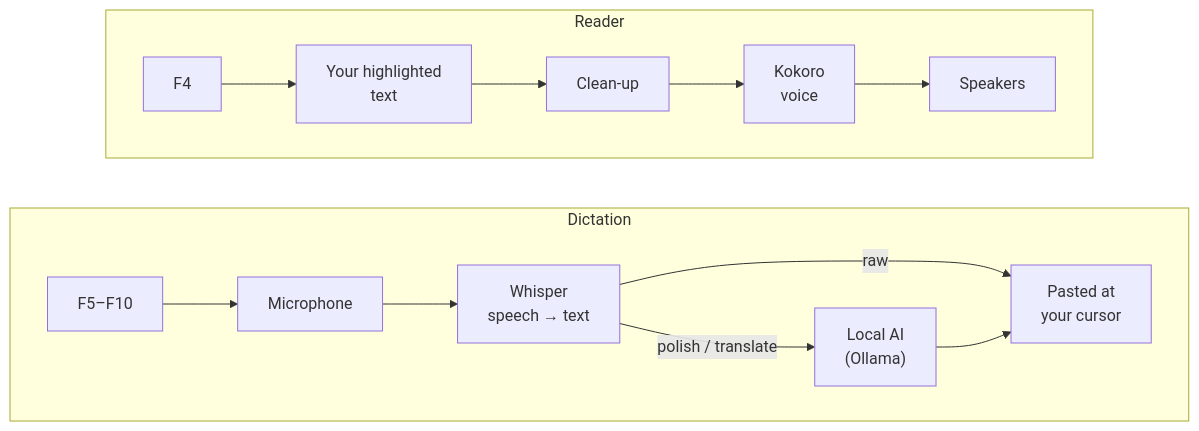
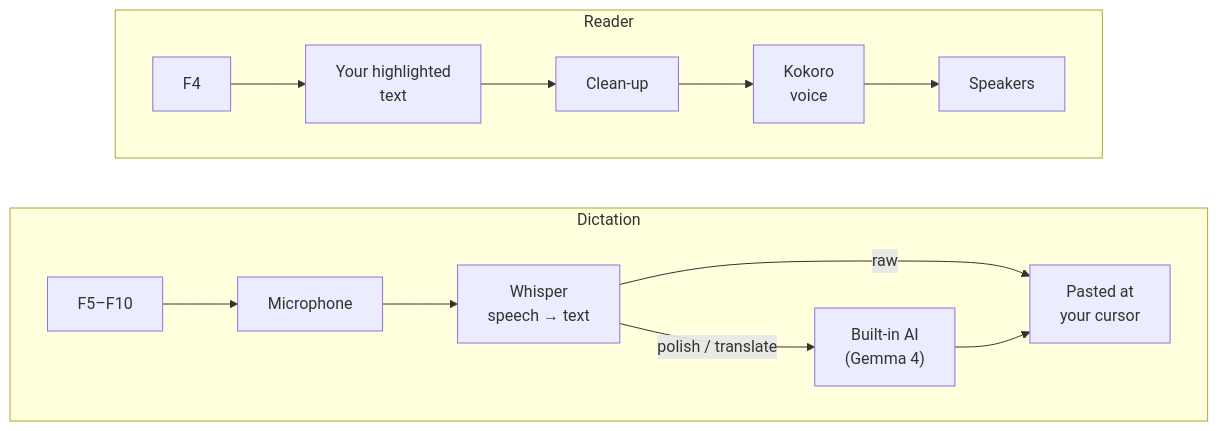
One commit to zerocold7/zero-flow-app changed the diagram in README.md. Above: the diagram before and after it, drawn with Mermaid. The commit also changed other lines of this file and 13 other files, not shown here.

````diff
--- a/README.md
+++ b/README.md
@@ -55,13 +55,13 @@
 ```mermaid
 flowchart LR
     subgraph D["Dictation"]
         direction LR
         K["F5–F10"] --> M["Microphone"] --> W["Whisper<br/>speech → text"]
         W -->|raw| P["Pasted at<br/>your cursor"]
-        W -->|polish / translate| L["Local AI<br/>(Ollama)"] --> P
+        W -->|polish / translate| L["Built-in AI<br/>(Gemma 4)"] --> P
     end
     subgraph R["Reader"]
         direction LR
         F4["F4"] --> S["Your highlighted<br/>text"] --> C["Clean-up"] --> V["Kokoro<br/>voice"] --> SP["Speakers"]
     end
 ```
````
